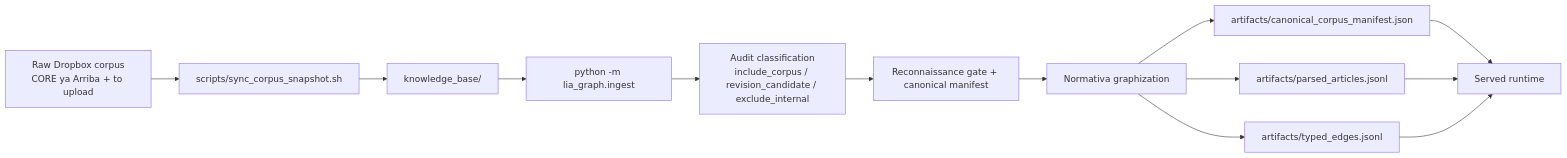
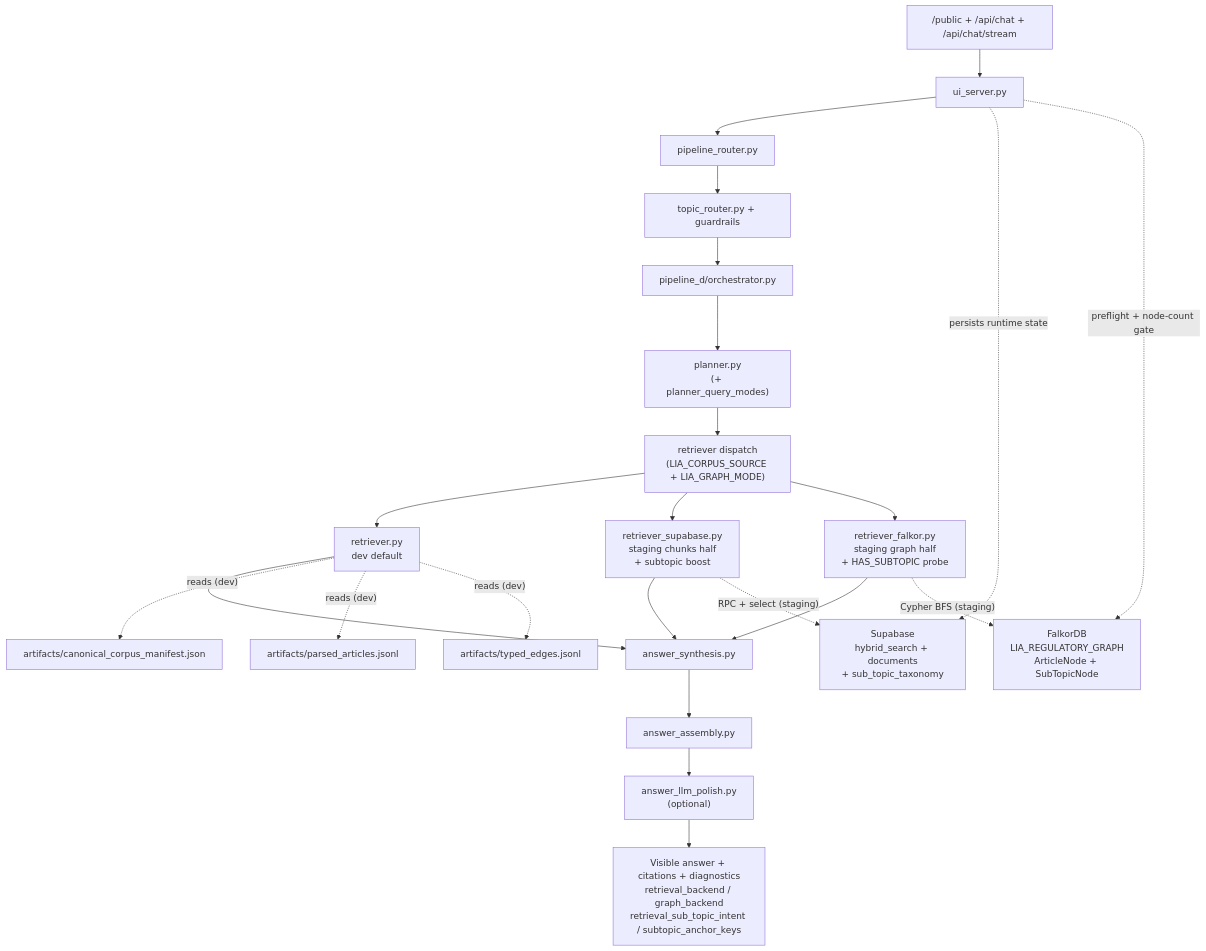
Before and after one commit to avas888/LIA_Graph: the first of 3 diagrams in docs/guide/orchestration.md, drawn with Mermaid. The commit also changed other lines of this file, not shown here.

First line of the commit message:
docs(orchestration): deep refresh — current-state map + single-pass ingest + subtopic-aware retrieval

````diff
--- a/docs/guide/orchestration.md
+++ b/docs/guide/orchestration.md
@@ -392,15 +105,26 @@
 ```mermaid
-flowchart LR
-    A["Raw Dropbox corpus<br/>CORE ya Arriba + to upload"] --> B["scripts/sync_corpus_snapshot.sh"]
-    B --> C["knowledge_base/"]
-    C --> D["python -m lia_graph.ingest"]
-    D --> E["Audit classification<br/>include_corpus / revision_candidate / exclude_internal"]
-    E --> F["Reconnaissance gate + canonical manifest"]
-    F --> G["Normativa graphization"]
-    G --> H["artifacts/canonical_corpus_manifest.json"]
-    G --> I["artifacts/parsed_articles.jsonl"]
-    G --> J["artifacts/typed_edges.jsonl"]
-    H --> K["Served runtime"]
-    I --> K
-    J --> K
+flowchart TD
+    A["/public + /api/chat + /api/chat/stream"] --> B["ui_server.py"]
+    B --> C["pipeline_router.py"]
+    C --> D["topic_router.py + guardrails"]
+    D --> E["pipeline_d/orchestrator.py"]
+    E --> F["planner.py<br/>(+ planner_query_modes)"]
+    F --> G["retriever dispatch<br/>(LIA_CORPUS_SOURCE + LIA_GRAPH_MODE)"]
+    G --> G1["retriever.py<br/>dev default"]
+    G --> G2["retriever_supabase.py<br/>staging chunks half<br/>+ subtopic boost"]
+    G --> G3["retriever_falkor.py<br/>staging graph half<br/>+ HAS_SUBTOPIC probe"]
+    G1 --> H["answer_synthesis.py"]
+    G2 --> H
+    G3 --> H
+    H --> I["answer_assembly.py"]
+    I --> J0["answer_llm_polish.py<br/>(optional)"]
+    J0 --> J["Visible answer + citations + diagnostics<br/>retrieval_backend / graph_backend<br/>retrieval_sub_topic_intent / subtopic_anchor_keys"]
+
+    G1 -. reads (dev) .-> Q["artifacts/canonical_corpus_manifest.json"]
+    G1 -. reads (dev) .-> R["artifacts/parsed_articles.jsonl"]
+    G1 -. reads (dev) .-> S["artifacts/typed_edges.jsonl"]
+    G2 -. RPC + select (staging) .-> T["Supabase<br/>hybrid_search + documents<br/>+ sub_topic_taxonomy"]
+    G3 -. Cypher BFS (staging) .-> U["FalkorDB<br/>LIA_REGULATORY_GRAPH<br/>ArticleNode + SubTopicNode"]
+    B -. persists runtime state .-> T
+    B -. preflight + node-count gate .-> U
 ```
````
